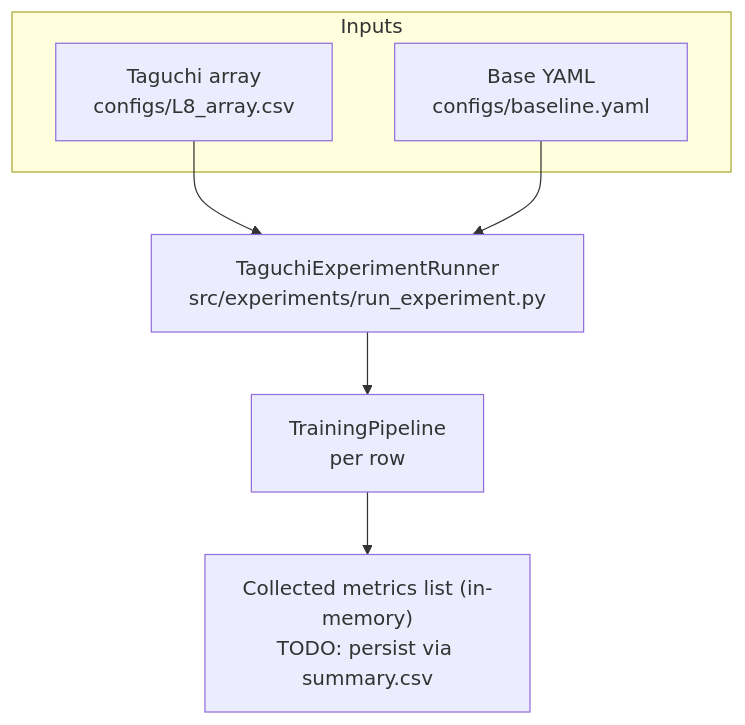
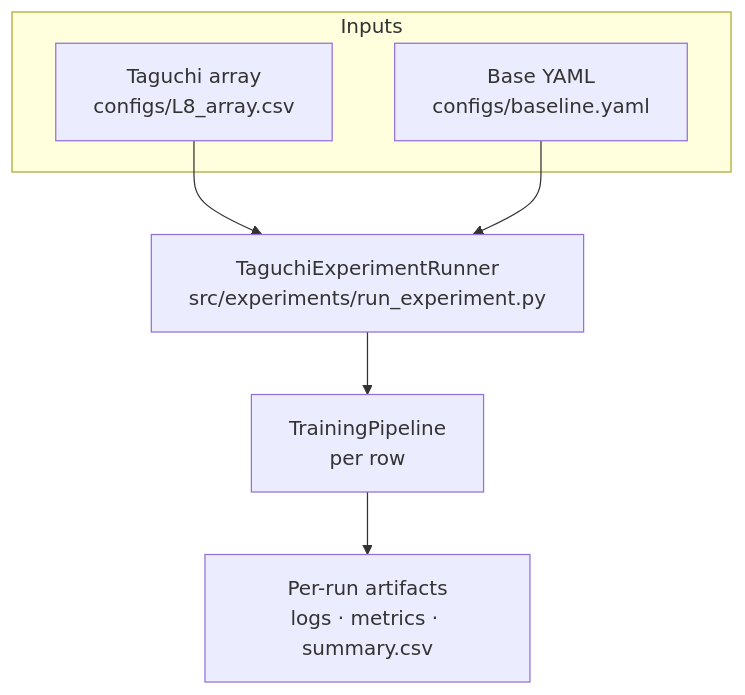
One commit to benschneider/spectral-diffusion changed the third of 5 diagrams in README.md. Above: the diagram before and after it, drawn with Mermaid. The commit also changed other lines of this file and 14 other files, not shown here.

````diff
--- a/README.md
+++ b/README.md
@@ -137,11 +139,11 @@
 ```mermaid
 flowchart TD
     subgraph Inputs
         L8["Taguchi array<br/>configs/L8_array.csv"]
         CFG["Base YAML<br/>configs/baseline.yaml"]
     end
     L8 --> RUNNER["TaguchiExperimentRunner<br/>src/experiments/run_experiment.py"]
     CFG --> RUNNER
     RUNNER --> EXEC["TrainingPipeline<br/>per row"]
-    EXEC --> METRICS["Collected metrics list (in-memory)<br/>TODO: persist via summary.csv"]
+    EXEC --> METRICS["Per-run artifacts<br/>logs · metrics · summary.csv"]
 ```
````
